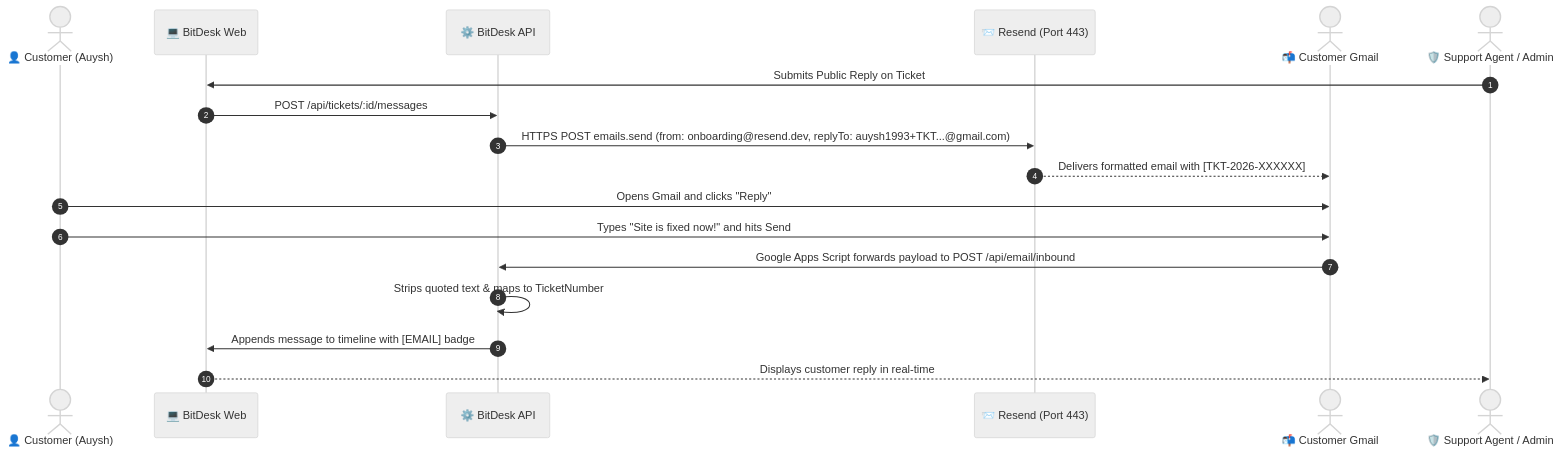
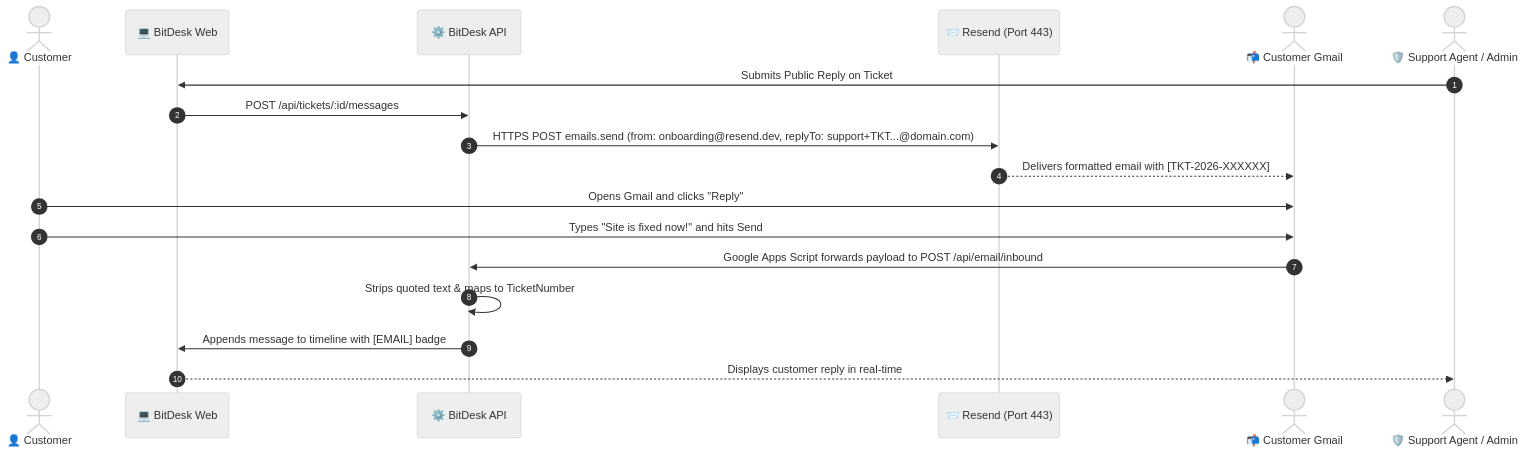
Before and after one commit to auysh8/BitDesk: the second of 2 diagrams in README.md, drawn with Mermaid (neutral theme). The commit also changed other lines of this file and 1 other file, not shown here.

Commit message:
docs: mask personal emails with public demo credentials in README

````diff
--- a/README.md
+++ b/README.md
@@ -132,21 +132,21 @@
 ```mermaid
 sequenceDiagram
     autonumber
-    actor Customer as 👤 Customer (Auysh)
+    actor Customer as 👤 Customer
     participant Web as 💻 BitDesk Web
     participant Server as ⚙️ BitDesk API
     participant Resend as 📨 Resend (Port 443)
     actor Gmail as 📬 Customer Gmail
     actor Admin as 🛡️ Support Agent / Admin
 
     Admin->>Web: Submits Public Reply on Ticket
     Web->>Server: POST /api/tickets/:id/messages
-    Server->>Resend: HTTPS POST emails.send (from: onboarding@resend.dev, replyTo: auysh1993+TKT...@gmail.com)
+    Server->>Resend: HTTPS POST emails.send (from: onboarding@resend.dev, replyTo: support+TKT...@domain.com)
     Resend-->>Gmail: Delivers formatted email with [TKT-2026-XXXXXX]
     Customer->>Gmail: Opens Gmail and clicks "Reply"
     Customer->>Gmail: Types "Site is fixed now!" and hits Send
     Gmail->>Server: Google Apps Script forwards payload to POST /api/email/inbound
     Server->>Server: Strips quoted text & maps to TicketNumber
     Server->>Web: Appends message to timeline with [EMAIL] badge
     Web-->>Admin: Displays customer reply in real-time
 ```
````
